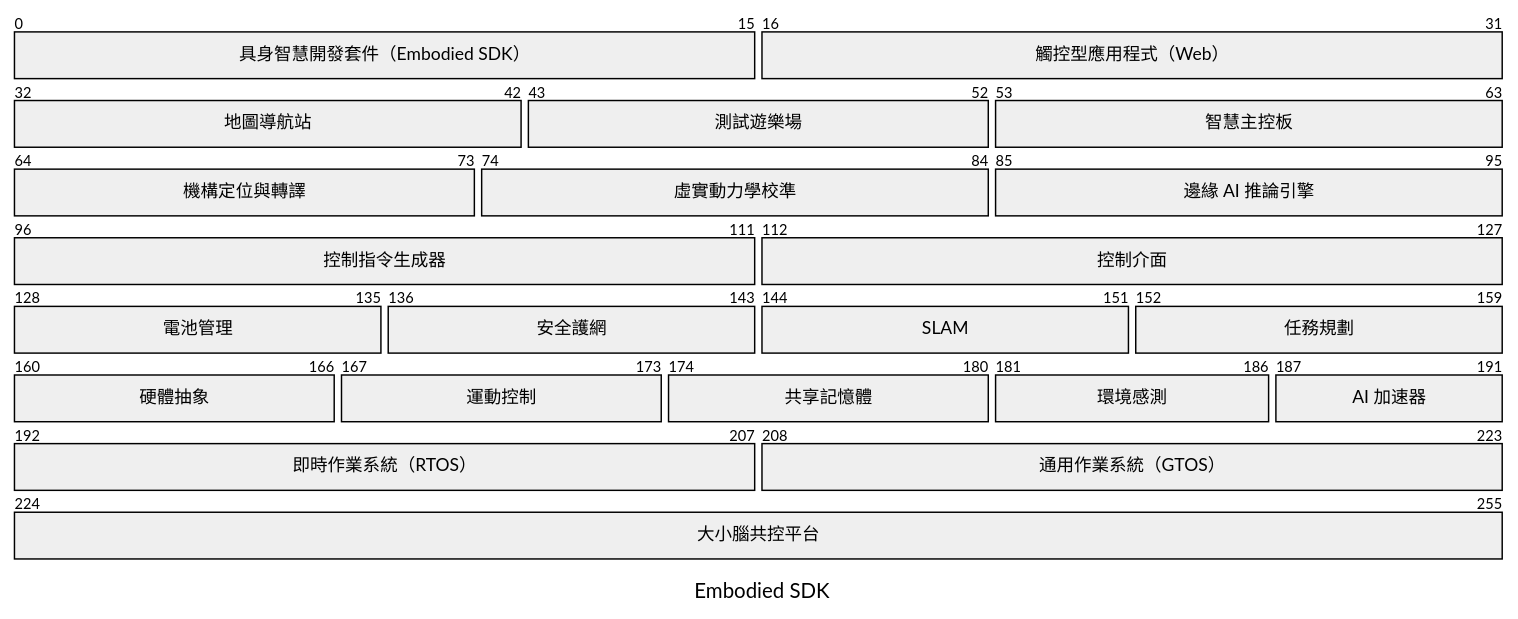
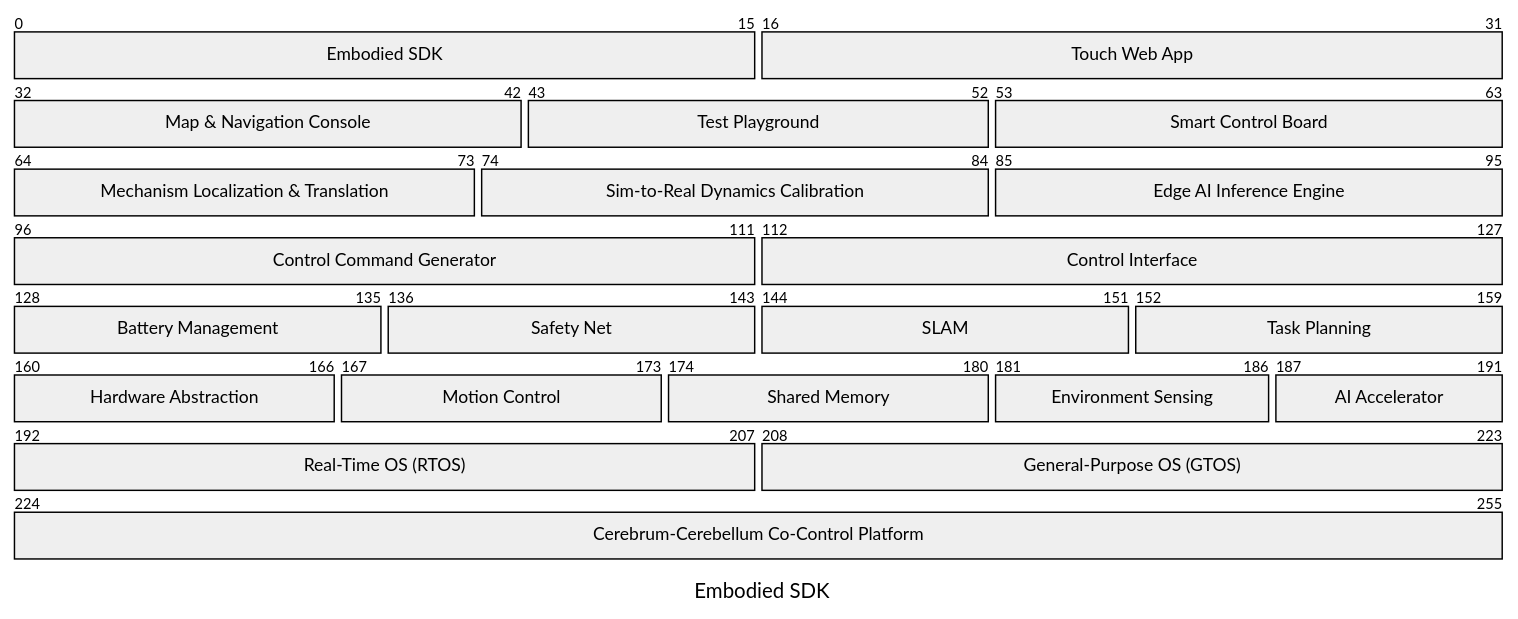
Before and after one commit to MarkovChenITRI/.github: the second of 2 diagrams in profile/README.md, drawn with Mermaid. The commit also changed other lines of this file, not shown here.

````diff
--- a/profile/README.md
+++ b/profile/README.md
@@ -41,28 +38,28 @@
 ```mermaid
 ---
 title: Embodied SDK
 ---
 packet
-0-15: "具身智慧開發套件（Embodied SDK）"
-16-31: "觸控型應用程式（Web）"
-32-42: "地圖導航站"
-43-52: "測試遊樂場"
-53-63: "智慧主控板"
-64-73: "機構定位與轉譯"
-74-84: "虛實動力學校準"
-85-95: "邊緣 AI 推論引擎"
-96-111: "控制指令生成器"
-112-127: "控制介面"
-128-135: "電池管理"
-136-143: "安全護網"
+0-15: "Embodied SDK"
+16-31: "Touch Web App"
+32-42: "Map & Navigation Console"
+43-52: "Test Playground"
+53-63: "Smart Control Board"
+64-73: "Mechanism Localization & Translation"
+74-84: "Sim-to-Real Dynamics Calibration"
+85-95: "Edge AI Inference Engine"
+96-111: "Control Command Generator"
+112-127: "Control Interface"
+128-135: "Battery Management"
+136-143: "Safety Net"
 144-151: "SLAM"
-152-159: "任務規劃"
-160-166: "硬體抽象"
-167-173: "運動控制"
-174-180: "共享記憶體"
-181-186: "環境感測"
-187-191: "AI 加速器"
-192-207: "即時作業系統（RTOS）"
-208-223: "通用作業系統（GTOS）"
-224-255: "大小腦共控平台"
+152-159: "Task Planning"
+160-166: "Hardware Abstraction"
+167-173: "Motion Control"
+174-180: "Shared Memory"
+181-186: "Environment Sensing"
+187-191: "AI Accelerator"
+192-207: "Real-Time OS (RTOS)"
+208-223: "General-Purpose OS (GTOS)"
+224-255: "Cerebrum-Cerebellum Co-Control Platform"
 ```
````
